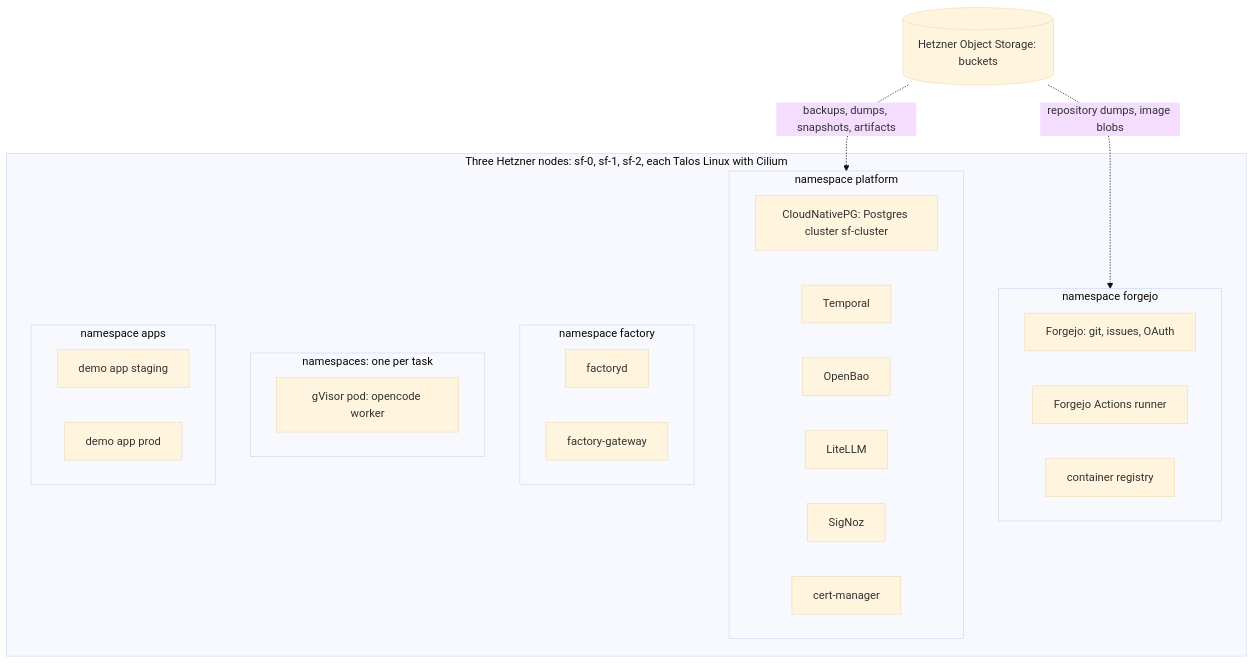
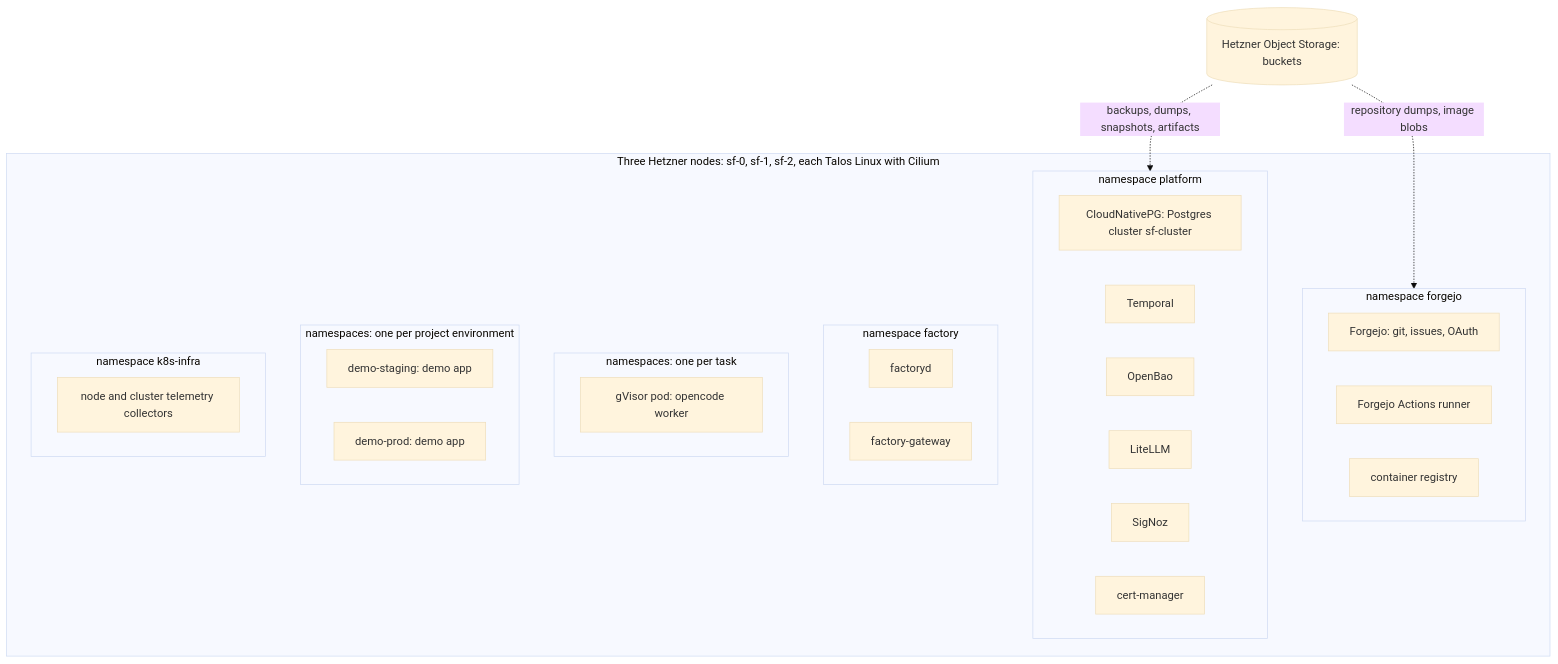
One commit to sebastianrueckerai/ai-software-factory changed the second of 4 diagrams in docs/target-architecture.md. Above: the diagram before and after it, drawn with Mermaid (base theme). The commit also changed other lines of this file and 1 other file, not shown here.

````diff
--- a/docs/target-architecture.md
+++ b/docs/target-architecture.md
@@ -58,32 +58,35 @@
 ```mermaid
 flowchart TD
     subgraph cluster["Three Hetzner nodes: sf-0, sf-1, sf-2, each Talos Linux with Cilium"]
         subgraph nsforgejo["namespace forgejo"]
             FJ["Forgejo: git, issues, OAuth"]
             RUN["Forgejo Actions runner"]
             REG["container registry"]
         end
         subgraph nsplatform["namespace platform"]
             PG["CloudNativePG: Postgres cluster sf-cluster"]
             TMP["Temporal"]
             BAO["OpenBao"]
             LIT["LiteLLM"]
             SNZ["SigNoz"]
             CM["cert-manager"]
         end
         subgraph nsfactory["namespace factory"]
             FD["factoryd"]
             GW["factory-gateway"]
         end
         subgraph nsagents["namespaces: one per task"]
             SBX["gVisor pod: opencode worker"]
         end
-        subgraph nsapps["namespace apps"]
-            STG["demo app staging"]
-            PRD["demo app prod"]
+        subgraph nsapps["namespaces: one per project environment"]
+            STG["demo-staging: demo app"]
+            PRD["demo-prod: demo app"]
+        end
+        subgraph nsinfra["namespace k8s-infra"]
+            OTA["node and cluster telemetry collectors"]
         end
     end
     S3[("Hetzner Object Storage: buckets")]
     S3 -. "backups, dumps, snapshots, artifacts" .-> nsplatform
     S3 -. "repository dumps, image blobs" .-> nsforgejo
 ```
````
